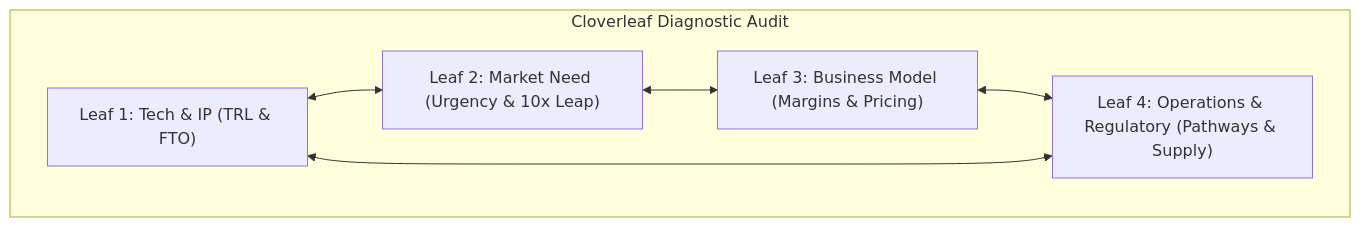
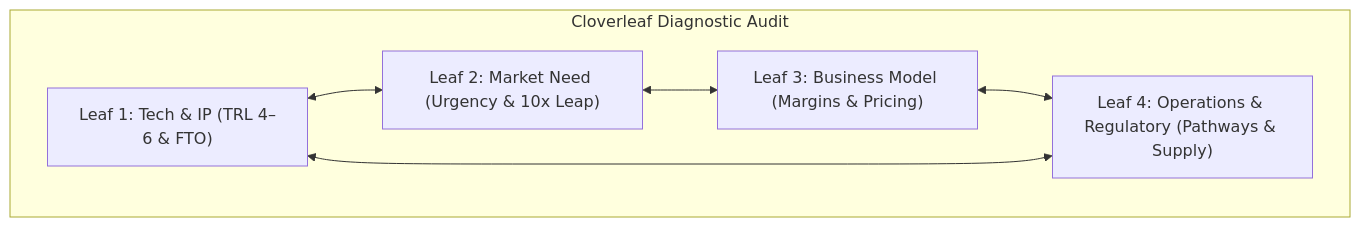
Before and after one commit to nghuyenthevinh2000/innovation-research: the second of 2 diagrams in templates/research-template.md, drawn with Mermaid. The commit also changed other lines of this file and 19 other files, not shown here.

````diff
--- a/templates/research-template.md
+++ b/templates/research-template.md
@@ -75,13 +75,13 @@
 ```mermaid
 flowchart TD
     subgraph Cloverleaf["Cloverleaf Diagnostic Audit"]
-        L1["Leaf 1: Tech & IP (TRL & FTO)"]
+        L1["Leaf 1: Tech & IP (TRL 4–6 & FTO)"]
         L2["Leaf 2: Market Need (Urgency & 10x Leap)"]
         L3["Leaf 3: Business Model (Margins & Pricing)"]
         L4["Leaf 4: Operations & Regulatory (Pathways & Supply)"]
         L1 <--> L2
         L2 <--> L3
         L3 <--> L4
         L4 <--> L1
     end
 ```
````
